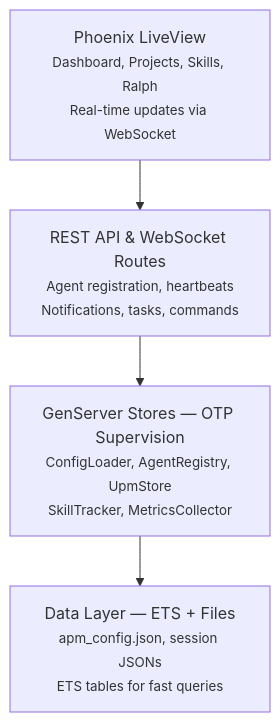
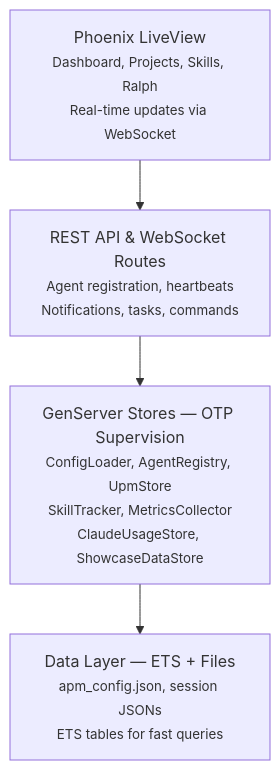
Before and after one commit to peguesj/ccem-apm: the diagram in priv/docs/index.md, drawn with Mermaid. The commit also changed other lines of this file and 10 other files, not shown here.

````diff
--- a/priv/docs/index.md
+++ b/priv/docs/index.md
@@ -104,9 +126,9 @@
 ```mermaid
 graph TD
     A["Phoenix LiveView<br/><small>Dashboard, Projects, Skills, Ralph<br/>Real-time updates via WebSocket</small>"]
     B["REST API & WebSocket Routes<br/><small>Agent registration, heartbeats<br/>Notifications, tasks, commands</small>"]
-    C["GenServer Stores — OTP Supervision<br/><small>ConfigLoader, AgentRegistry, UpmStore<br/>SkillTracker, MetricsCollector</small>"]
+    C["GenServer Stores — OTP Supervision<br/><small>ConfigLoader, AgentRegistry, UpmStore<br/>SkillTracker, MetricsCollector<br/>ClaudeUsageStore, ShowcaseDataStore</small>"]
     D["Data Layer — ETS + Files<br/><small>apm_config.json, session JSONs<br/>ETS tables for fast queries</small>"]
 
     A --> B --> C --> D
 ```
````
